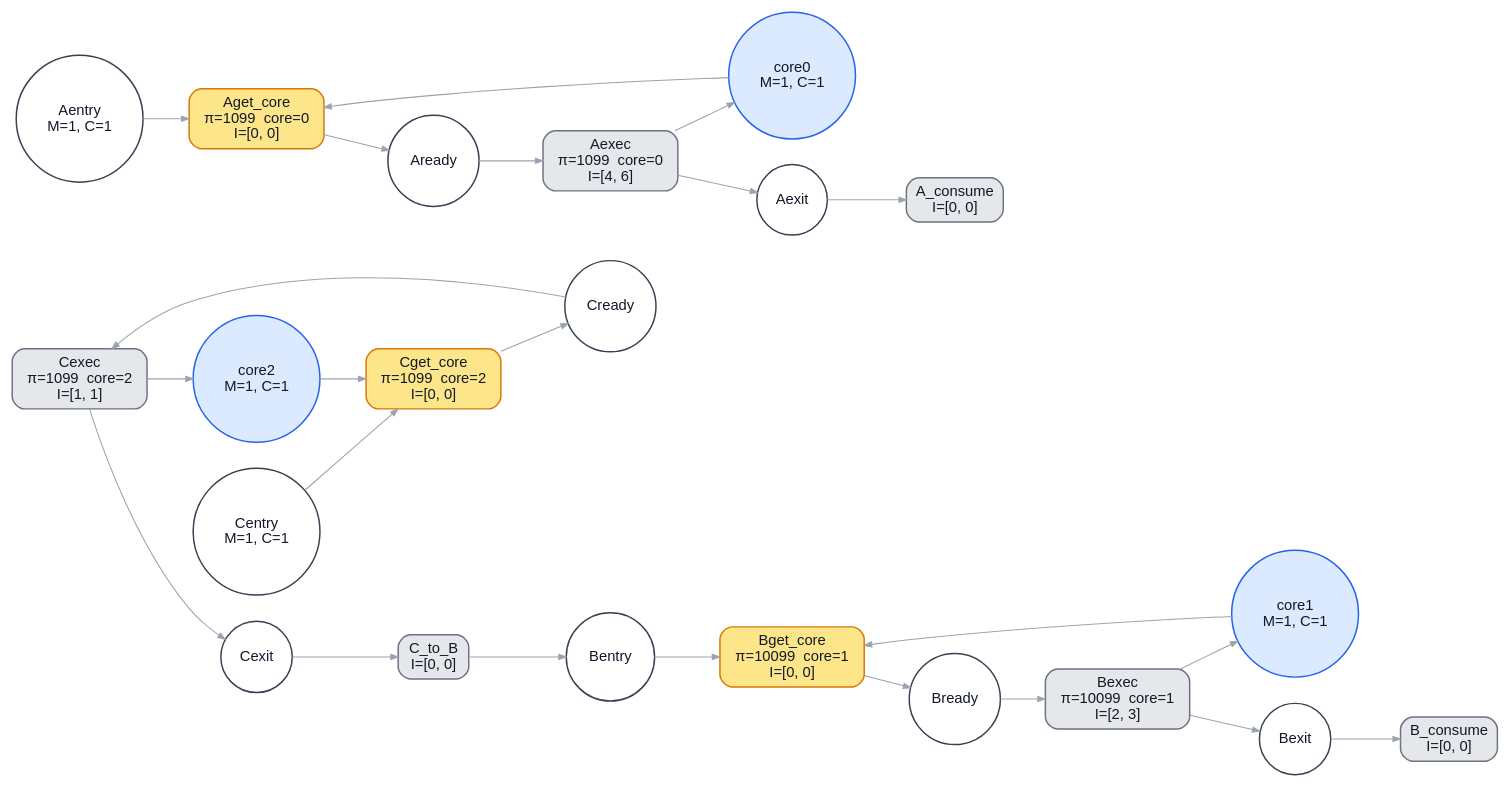
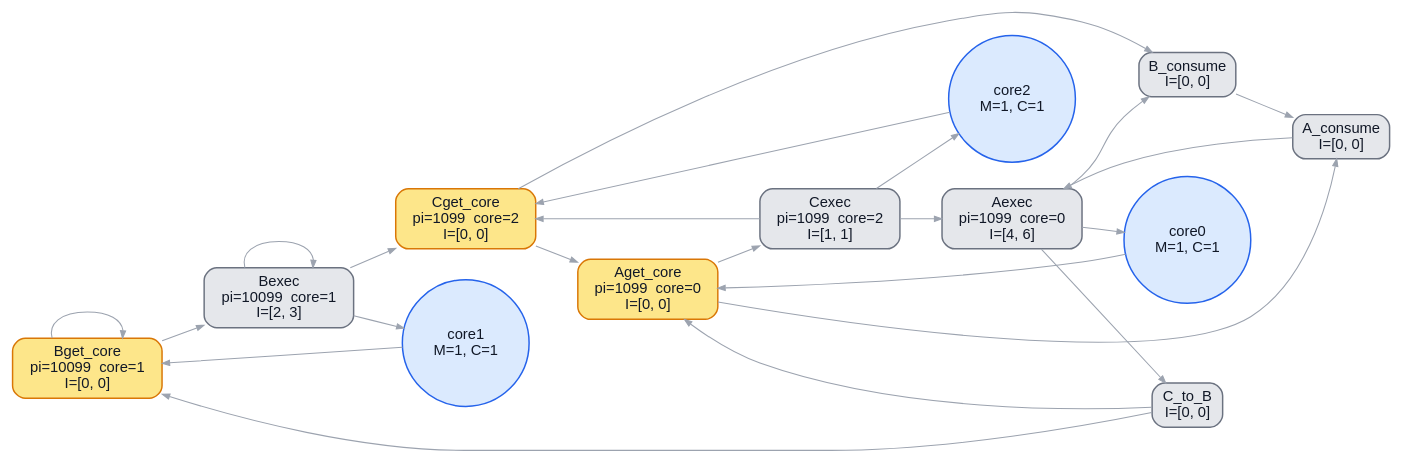
Before and after one commit to kevindadi/PPTPN: the diagram in example/bench/multicore_no_preemption/ptpn.dot, drawn with Graphviz. The commit also changed 29 other files, not shown here.

```diff
--- a/example/bench/multicore_no_preemption/ptpn.dot
+++ b/example/bench/multicore_no_preemption/ptpn.dot
@@ -1,48 +1,48 @@
 digraph G {
 graph [rankdir=LR, fontname="Helvetica", nodesep=0.35, ranksep=0.55, bgcolor="white"];
 node [fontname="Helvetica", margin=0.08, style="filled,rounded", fontcolor="#111827"];
 edge [fontname="Helvetica", color="#9ca3af", arrowsize=0.7];
-"Bentry" [label="Bentry", shape="circle", style="filled,rounded", fillcolor="#ffffff", color="#374151", fontcolor="#111827", penwidth="1.4"];
-"Bready" [label="Bready", shape="circle", style="filled,rounded", fillcolor="#ffffff", color="#374151", fontcolor="#111827", penwidth="1.4"];
-"Bexit" [label="Bexit", shape="circle", style="filled,rounded", fillcolor="#ffffff", color="#374151", fontcolor="#111827", penwidth="1.4"];
-"Centry" [label="Centry\nM=1, C=1", shape="circle", style="filled,rounded", fillcolor="#ffffff", color="#374151", fontcolor="#111827", penwidth="1.4"];
-"Cready" [label="Cready", shape="circle", style="filled,rounded", fillcolor="#ffffff", color="#374151", fontcolor="#111827", penwidth="1.4"];
-"Cexit" [label="Cexit", shape="circle", style="filled,rounded", fillcolor="#ffffff", color="#374151", fontcolor="#111827", penwidth="1.4"];
-"Aentry" [label="Aentry\nM=1, C=1", shape="circle", style="filled,rounded", fillcolor="#ffffff", color="#374151", fontcolor="#111827", penwidth="1.4"];
-"Aready" [label="Aready", shape="circle", style="filled,rounded", fillcolor="#ffffff", color="#374151", fontcolor="#111827", penwidth="1.4"];
-"Aexit" [label="Aexit", shape="circle", style="filled,rounded", fillcolor="#ffffff", color="#374151", fontcolor="#111827", penwidth="1.4"];
-"core0" [label="core0\nM=1, C=1", shape="circle", style="filled,rounded", fillcolor="#dbeafe", color="#2563eb", fontcolor="#111827", penwidth="1.4"];
-"core1" [label="core1\nM=1, C=1", shape="circle", style="filled,rounded", fillcolor="#dbeafe", color="#2563eb", fontcolor="#111827", penwidth="1.4"];
-"core2" [label="core2\nM=1, C=1", shape="circle", style="filled,rounded", fillcolor="#dbeafe", color="#2563eb", fontcolor="#111827", penwidth="1.4"];
-"Bget_core" [label="Bget_core\nπ=10099  core=1\nI=[0, 0]", shape="box", style="filled,rounded", fillcolor="#fde68a", color="#d97706", fontcolor="#111827", penwidth="1.4"];
-"Bexec" [label="Bexec\nπ=10099  core=1\nI=[2, 3]", shape="box", style="filled,rounded", fillcolor="#e5e7eb", color="#6b7280", fontcolor="#111827", penwidth="1.4"];
-"Cget_core" [label="Cget_core\nπ=1099  core=2\nI=[0, 0]", shape="box", style="filled,rounded", fillcolor="#fde68a", color="#d97706", fontcolor="#111827", penwidth="1.4"];
-"Cexec" [label="Cexec\nπ=1099  core=2\nI=[1, 1]", shape="box", style="filled,rounded", fillcolor="#e5e7eb", color="#6b7280", fontcolor="#111827", penwidth="1.4"];
-"Aget_core" [label="Aget_core\nπ=1099  core=0\nI=[0, 0]", shape="box", style="filled,rounded", fillcolor="#fde68a", color="#d97706", fontcolor="#111827", penwidth="1.4"];
-"Aexec" [label="Aexec\nπ=1099  core=0\nI=[4, 6]", shape="box", style="filled,rounded", fillcolor="#e5e7eb", color="#6b7280", fontcolor="#111827", penwidth="1.4"];
-"C_to_B" [label="C_to_B\nI=[0, 0]", shape="box", style="filled,rounded", fillcolor="#e5e7eb", color="#6b7280", fontcolor="#111827", penwidth="1.4"];
-"A_consume" [label="A_consume\nI=[0, 0]", shape="box", style="filled,rounded", fillcolor="#e5e7eb", color="#6b7280", fontcolor="#111827", penwidth="1.4"];
-"B_consume" [label="B_consume\nI=[0, 0]", shape="box", style="filled,rounded", fillcolor="#e5e7eb", color="#6b7280", fontcolor="#111827", penwidth="1.4"];
-"Bentry" -> "Bget_core" [label="", color="#9ca3af", penwidth="1.0"];
-"Bready" -> "Bexec" [label="", color="#9ca3af", penwidth="1.0"];
-"Bexit" -> "B_consume" [label="", color="#9ca3af", penwidth="1.0"];
-"Centry" -> "Cget_core" [label="", color="#9ca3af", penwidth="1.0"];
-"Cready" -> "Cexec" [label="", color="#9ca3af", penwidth="1.0"];
-"Cexit" -> "C_to_B" [label="", color="#9ca3af", penwidth="1.0"];
-"Aentry" -> "Aget_core" [label="", color="#9ca3af", penwidth="1.0"];
-"Aready" -> "Aexec" [label="", color="#9ca3af", penwidth="1.0"];
-"Aexit" -> "A_consume" [label="", color="#9ca3af", penwidth="1.0"];
-"core0" -> "Aget_core" [label="", color="#9ca3af", penwidth="1.0"];
-"core1" -> "Bget_core" [label="", color="#9ca3af", penwidth="1.0"];
-"core2" -> "Cget_core" [label="", color="#9ca3af", penwidth="1.0"];
-"Bget_core" -> "Bready" [label="", color="#9ca3af", penwidth="1.0"];
-"Bexec" -> "Bexit" [label="", color="#9ca3af", penwidth="1.0"];
-"Bexec" -> "core1" [label="", color="#9ca3af", penwidth="1.0"];
-"Cget_core" -> "Cready" [label="", color="#9ca3af", penwidth="1.0"];
-"Cexec" -> "Cexit" [label="", color="#9ca3af", penwidth="1.0"];
-"Cexec" -> "core2" [label="", color="#9ca3af", penwidth="1.0"];
-"Aget_core" -> "Aready" [label="", color="#9ca3af", penwidth="1.0"];
-"Aexec" -> "Aexit" [label="", color="#9ca3af", penwidth="1.0"];
-"Aexec" -> "core0" [label="", color="#9ca3af", penwidth="1.0"];
-"C_to_B" -> "Bentry" [label="", color="#9ca3af", penwidth="1.0"];
+"0" [label="Bentry", shape="circle", style="filled,rounded", fillcolor="#ffffff", color="#374151", fontcolor="#111827", penwidth="1.4"];
+"1" [label="Bready", shape="circle", style="filled,rounded", fillcolor="#ffffff", color="#374151", fontcolor="#111827", penwidth="1.4"];
+"2" [label="Bexit", shape="circle", style="filled,rounded", fillcolor="#ffffff", color="#374151", fontcolor="#111827", penwidth="1.4"];
+"3" [label="Centry\nM=1, C=1", shape="circle", style="filled,rounded", fillcolor="#ffffff", color="#374151", fontcolor="#111827", penwidth="1.4"];
+"4" [label="Cready", shape="circle", style="filled,rounded", fillcolor="#ffffff", color="#374151", fontcolor="#111827", penwidth="1.4"];
+"5" [label="Cexit", shape="circle", style="filled,rounded", fillcolor="#ffffff", color="#374151", fontcolor="#111827", penwidth="1.4"];
+"6" [label="Aentry\nM=1, C=1", shape="circle", style="filled,rounded", fillcolor="#ffffff", color="#374151", fontcolor="#111827", penwidth="1.4"];
+"7" [label="Aready", shape="circle", style="filled,rounded", fillcolor="#ffffff", color="#374151", fontcolor="#111827", penwidth="1.4"];
+"8" [label="Aexit", shape="circle", style="filled,rounded", fillcolor="#ffffff", color="#374151", fontcolor="#111827", penwidth="1.4"];
+"9" [label="core0\nM=1, C=1", shape="circle", style="filled,rounded", fillcolor="#dbeafe", color="#2563eb", fontcolor="#111827", penwidth="1.4"];
+"10" [label="core1\nM=1, C=1", shape="circle", style="filled,rounded", fillcolor="#dbeafe", color="#2563eb", fontcolor="#111827", penwidth="1.4"];
+"11" [label="core2\nM=1, C=1", shape="circle", style="filled,rounded", fillcolor="#dbeafe", color="#2563eb", fontcolor="#111827", penwidth="1.4"];
+"0" [label="Bget_core\npi=10099  core=1\nI=[0, 0]", shape="box", style="filled,rounded", fillcolor="#fde68a", color="#d97706", fontcolor="#111827", penwidth="1.4"];
+"1" [label="Bexec\npi=10099  core=1\nI=[2, 3]", shape="box", style="filled,rounded", fillcolor="#e5e7eb", color="#6b7280", fontcolor="#111827", penwidth="1.4"];
+"2" [label="Cget_core\npi=1099  core=2\nI=[0, 0]", shape="box", style="filled,rounded", fillcolor="#fde68a", color="#d97706", fontcolor="#111827", penwidth="1.4"];
+"3" [label="Cexec\npi=1099  core=2\nI=[1, 1]", shape="box", style="filled,rounded", fillcolor="#e5e7eb", color="#6b7280", fontcolor="#111827", penwidth="1.4"];
+"4" [label="Aget_core\npi=1099  core=0\nI=[0, 0]", shape="box", style="filled,rounded", fillcolor="#fde68a", color="#d97706", fontcolor="#111827", penwidth="1.4"];
+"5" [label="Aexec\npi=1099  core=0\nI=[4, 6]", shape="box", style="filled,rounded", fillcolor="#e5e7eb", color="#6b7280", fontcolor="#111827", penwidth="1.4"];
+"6" [label="C_to_B\nI=[0, 0]", shape="box", style="filled,rounded", fillcolor="#e5e7eb", color="#6b7280", fontcolor="#111827", penwidth="1.4"];
+"7" [label="A_consume\nI=[0, 0]", shape="box", style="filled,rounded", fillcolor="#e5e7eb", color="#6b7280", fontcolor="#111827", penwidth="1.4"];
+"8" [label="B_consume\nI=[0, 0]", shape="box", style="filled,rounded", fillcolor="#e5e7eb", color="#6b7280", fontcolor="#111827", penwidth="1.4"];
+"0" -> "0" [label="", color="#9ca3af", penwidth="1.0"];
+"1" -> "1" [label="", color="#9ca3af", penwidth="1.0"];
+"2" -> "8" [label="", color="#9ca3af", penwidth="1.0"];
+"3" -> "2" [label="", color="#9ca3af", penwidth="1.0"];
+"4" -> "3" [label="", color="#9ca3af", penwidth="1.0"];
+"5" -> "6" [label="", color="#9ca3af", penwidth="1.0"];
+"6" -> "4" [label="", color="#9ca3af", penwidth="1.0"];
+"7" -> "5" [label="", color="#9ca3af", penwidth="1.0"];
+"8" -> "7" [label="", color="#9ca3af", penwidth="1.0"];
+"9" -> "4" [label="", color="#9ca3af", penwidth="1.0"];
+"10" -> "0" [label="", color="#9ca3af", penwidth="1.0"];
+"11" -> "2" [label="", color="#9ca3af", penwidth="1.0"];
+"0" -> "1" [label="", color="#9ca3af", penwidth="1.0"];
+"1" -> "2" [label="", color="#9ca3af", penwidth="1.0"];
+"1" -> "10" [label="", color="#9ca3af", penwidth="1.0"];
+"2" -> "4" [label="", color="#9ca3af", penwidth="1.0"];
+"3" -> "5" [label="", color="#9ca3af", penwidth="1.0"];
+"3" -> "11" [label="", color="#9ca3af", penwidth="1.0"];
+"4" -> "7" [label="", color="#9ca3af", penwidth="1.0"];
+"5" -> "8" [label="", color="#9ca3af", penwidth="1.0"];
+"5" -> "9" [label="", color="#9ca3af", penwidth="1.0"];
+"6" -> "0" [label="", color="#9ca3af", penwidth="1.0"];
 }
```
